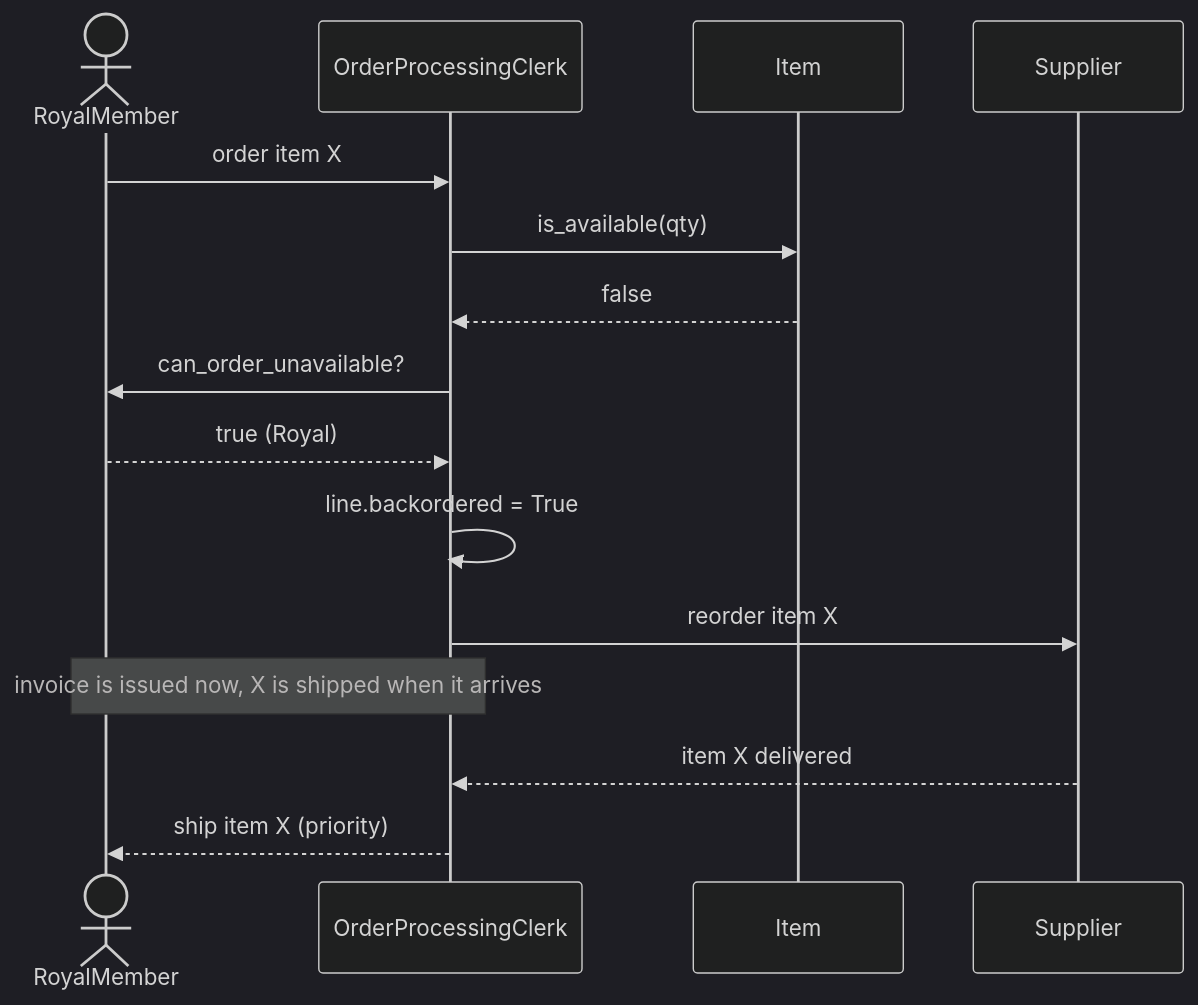
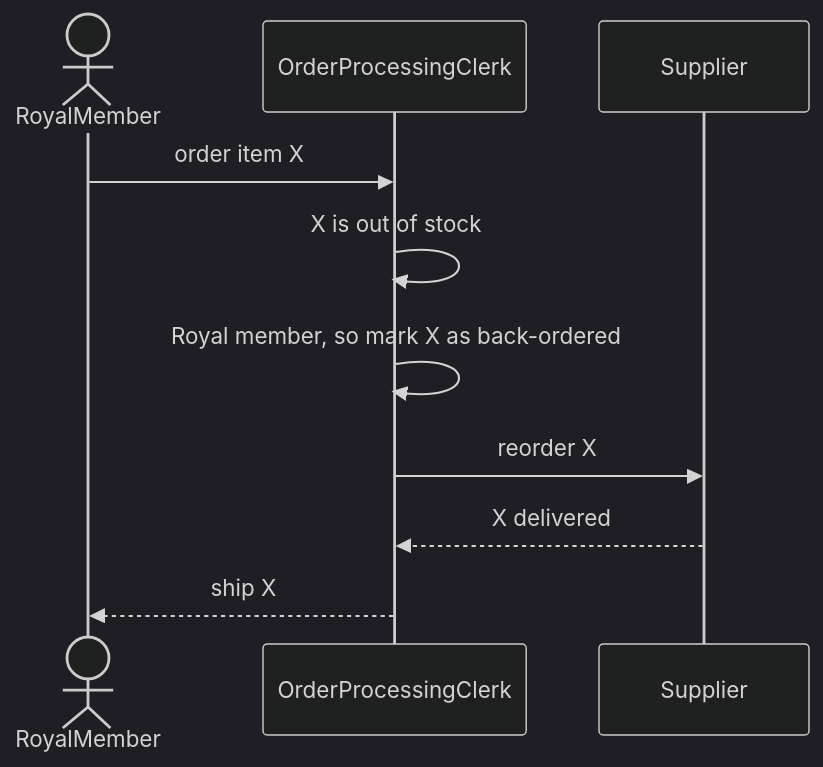
Before and after one commit to mathislepoutre1/oop-python-exercises: the eighth of 8 diagrams in 04-uml/abcd_records/README.md, drawn with Mermaid (dark theme). The commit also changed other lines of this file and 8 other files, not shown here.

````diff
--- a/04-uml/abcd_records/README.md
+++ b/04-uml/abcd_records/README.md
@@ -297,17 +242,12 @@
 ```mermaid
 sequenceDiagram
     actor RM as RoyalMember
     participant OC as OrderProcessingClerk
-    participant I as Item
     participant S as Supplier
     RM->>OC: order item X
-    OC->>I: is_available(qty)
-    I-->>OC: false
-    OC->>RM: can_order_unavailable?
-    RM-->>OC: true (Royal)
-    OC->>OC: line.backordered = True
-    OC->>S: reorder item X
-    Note over OC,RM: invoice is issued now, X is shipped when it arrives
-    S-->>OC: item X delivered
-    OC-->>RM: ship item X (priority)
+    OC->>OC: X is out of stock
+    OC->>OC: Royal member, so mark X as back-ordered
+    OC->>S: reorder X
+    S-->>OC: X delivered
+    OC-->>RM: ship X
 ```
````
